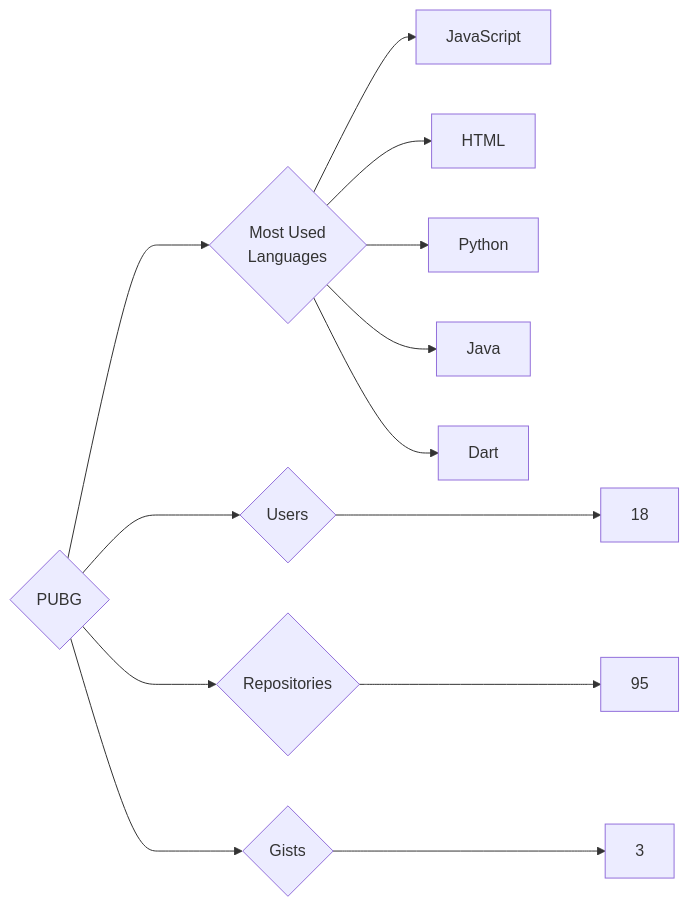
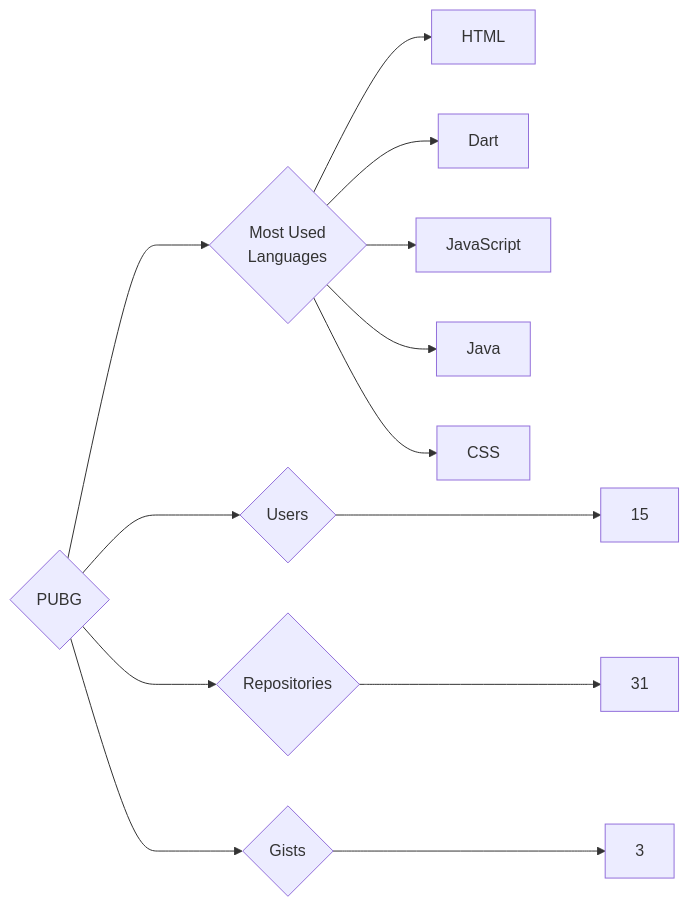
Before and after one commit to trickest/insiders: the diagram in targets/PUBG/README.md, drawn with Mermaid. The commit also changed 973 other files, not shown here.

````diff
--- a/targets/PUBG/README.md
+++ b/targets/PUBG/README.md
@@ -3,13 +3,13 @@
 ```mermaid
 graph LR
 COMPANY_NAME{PUBG}
-COMPANY_NAME ---> U{Users} ---> UN[18]
-COMPANY_NAME ---> R{Repositories} ---> RN[95]
+COMPANY_NAME ---> U{Users} ---> UN[15]
+COMPANY_NAME ---> R{Repositories} ---> RN[31]
 COMPANY_NAME ---> G{Gists} ---> GN[3]
 COMPANY_NAME ---> ML{Most Used<br>Languages}
+ML --> HTML[HTML]
+ML --> Dart[Dart]
 ML --> JavaScript[JavaScript]
-ML --> HTML[HTML]
-ML --> Python[Python]
 ML --> Java[Java]
-ML --> Dart[Dart]
+ML --> CSS[CSS]
 ```
````
